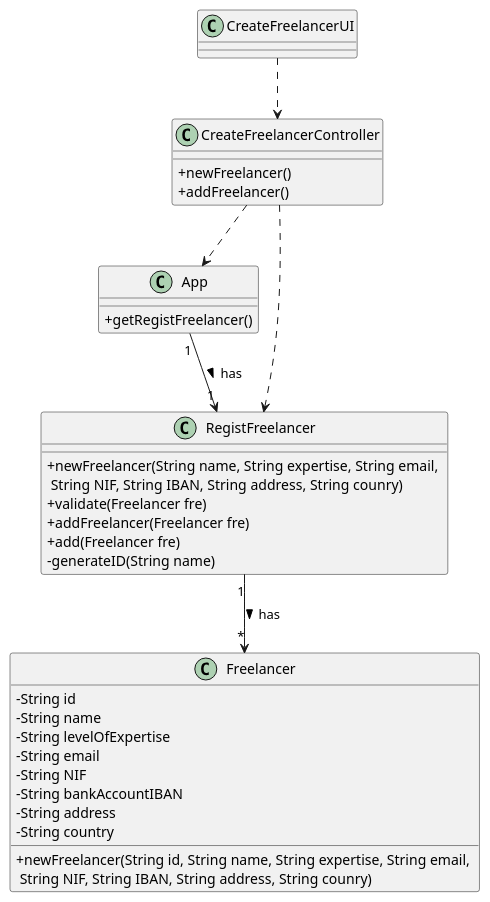
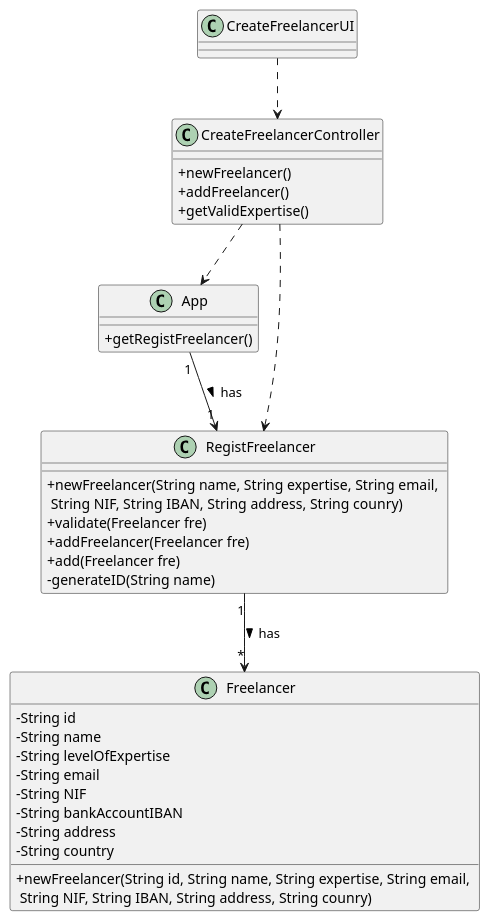
One commit to botelho-io/lapr2-2020-g029 changed the diagram in docs/UC_03/CD.puml. Above: the diagram before and after it, drawn with PlantUML. The commit also changed 10 other files, not shown here.

```diff
--- a/docs/UC_03/CD.puml
+++ b/docs/UC_03/CD.puml
@@ -1,45 +1,46 @@
 @startuml CD
 skinparam classAttributeIconSize 0
 top to bottom direction
 
 class CreateFreelancerUI {
 
 }
 
 class CreateFreelancerController {
         + newFreelancer()
         + addFreelancer()
+        + getValidExpertise()
 }
 
 class App {
         + getRegistFreelancer()
 }
 
 class RegistFreelancer {
         + newFreelancer(String name, String expertise, String email, \n String NIF, String IBAN, String address, String counry)
         + validate(Freelancer fre)
         + addFreelancer(Freelancer fre)
         + add(Freelancer fre)
         - generateID(String name)
 }
 
 class Freelancer {
         - String id
         - String name
         - String levelOfExpertise
         - String email
         - String NIF
         - String bankAccountIBAN
         - String address
         - String country
 
         + newFreelancer(String id, String name, String expertise, String email, \n String NIF, String IBAN, String address, String counry)
 }
 
 CreateFreelancerUI               ..>          CreateFreelancerController
 CreateFreelancerController       ..>          App
 CreateFreelancerController       ..>          RegistFreelancer
 App                          "1" --> "1"      RegistFreelancer          : has >
 RegistFreelancer             "1" --> "*"      Freelancer                : has >
 
 @enduml
```
